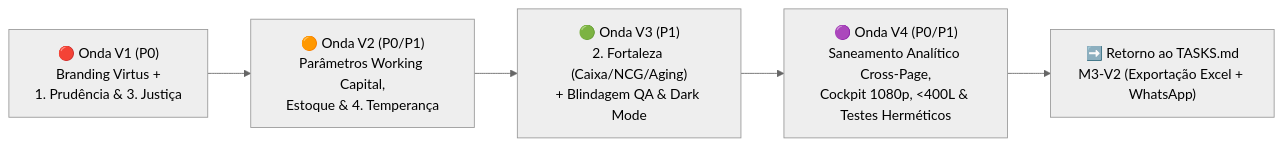
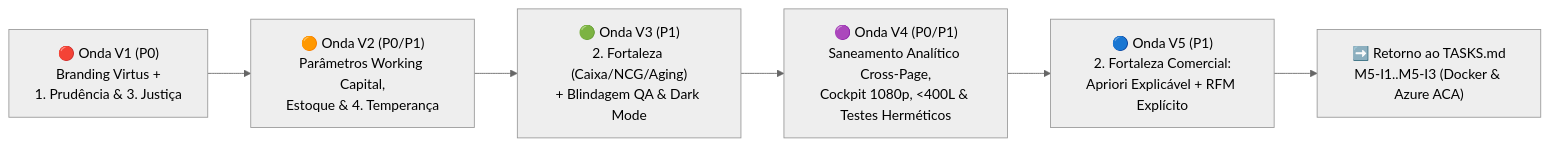
Before and after one commit to DemetrioFim/kyberna: the diagram in TASKS_REFACTORY.md, drawn with Mermaid (neutral theme). The commit also changed other lines of this file and 21 other files, not shown here.

Commit message:
feat: complete Wave V5 (explainable Apriori rules, explicit RFM segments, and Dark Mode fixes on 2. Fortaleza)

````diff
--- a/TASKS_REFACTORY.md
+++ b/TASKS_REFACTORY.md
@@ -22,7 +22,8 @@
 ```mermaid
 flowchart LR
     V1["🔴 Onda V1 (P0)<br/>Branding Virtus +<br/>1. Prudência & 3. Justiça"] --> V2["🟠 Onda V2 (P0/P1)<br/>Parâmetros Working Capital,<br/>Estoque & 4. Temperança"]
     V2 --> V3["🟢 Onda V3 (P1)<br/>2. Fortaleza (Caixa/NCG/Aging)<br/>+ Blindagem QA & Dark Mode"]
     V3 --> V4["🟣 Onda V4 (P0/P1)<br/>Saneamento Analítico Cross-Page,<br/>Cockpit 1080p, <400L & Testes Herméticos"]
-    V4 --> M3V2["➡️ Retorno ao TASKS.md<br/>M3-V2 (Exportação Excel + WhatsApp)"]
+    V4 --> V5["🔵 Onda V5 (P1)<br/>2. Fortaleza Comercial:<br/>Apriori Explicável + RFM Explícito"]
+    V5 --> M5I["➡️ Retorno ao TASKS.md<br/>M5-I1..M5-I3 (Docker & Azure ACA)"]
 ```
````
